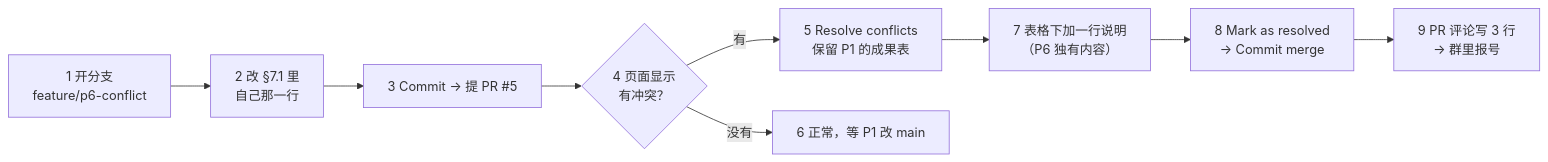
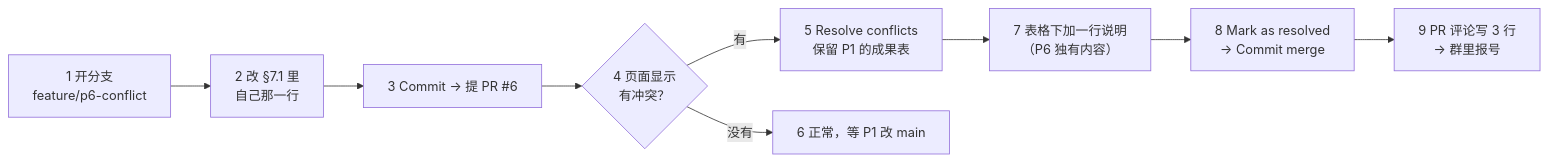
Before and after one commit to NULLFALSE-tech/Algorithm-graph: the diagram in docs/组员任务卡_2026-11-21/P6_焦名远_任务卡.md, drawn with Mermaid. The commit also changed other lines of this file, not shown here.

````diff
--- a/docs/组员任务卡_2026-11-21/P6_焦名远_任务卡.md
+++ b/docs/组员任务卡_2026-11-21/P6_焦名远_任务卡.md
@@ -17,11 +17,11 @@
 ```mermaid
 flowchart LR
     A["1 开分支<br/>feature/p6-conflict"] --> B["2 改 §7.1 里<br/>自己那一行"]
-    B --> C["3 Commit → 提 PR #5"]
+    B --> C["3 Commit → 提 PR #6"]
     C --> D{"4 页面显示<br/>有冲突？"}
     D -->|有| E["5 Resolve conflicts<br/>保留 P1 的成果表"]
     D -->|没有| F["6 正常，等 P1 改 main"]
     E --> G["7 表格下加一行说明<br/>（P6 独有内容）"]
     G --> H["8 Mark as resolved<br/>→ Commit merge"]
     H --> I["9 PR 评论写 3 行<br/>→ 群里报号"]
 ```
````
